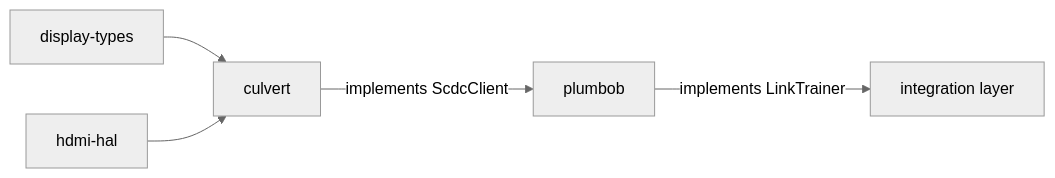
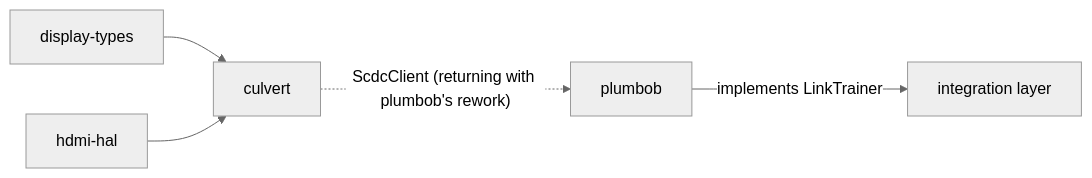
Before and after one commit to DracoWhitefire/culvert: the diagram in README.md, drawn with Mermaid (neutral theme). The commit also changed other lines of this file and 10 other files, not shown here.

````diff
--- a/README.md
+++ b/README.md
@@ -112,13 +100,13 @@
 ```mermaid
 flowchart LR
     dt["display-types"]
     hal["hdmi-hal"]
     culvert["culvert"]
     plumbob["plumbob"]
     integration["integration layer"]
 
     dt --> culvert
     hal --> culvert
-    culvert -->|"implements ScdcClient"| plumbob
+    culvert -.->|"ScdcClient (returning with plumbob's rework)"| plumbob
     plumbob -->|"implements LinkTrainer"| integration
 ```
````
